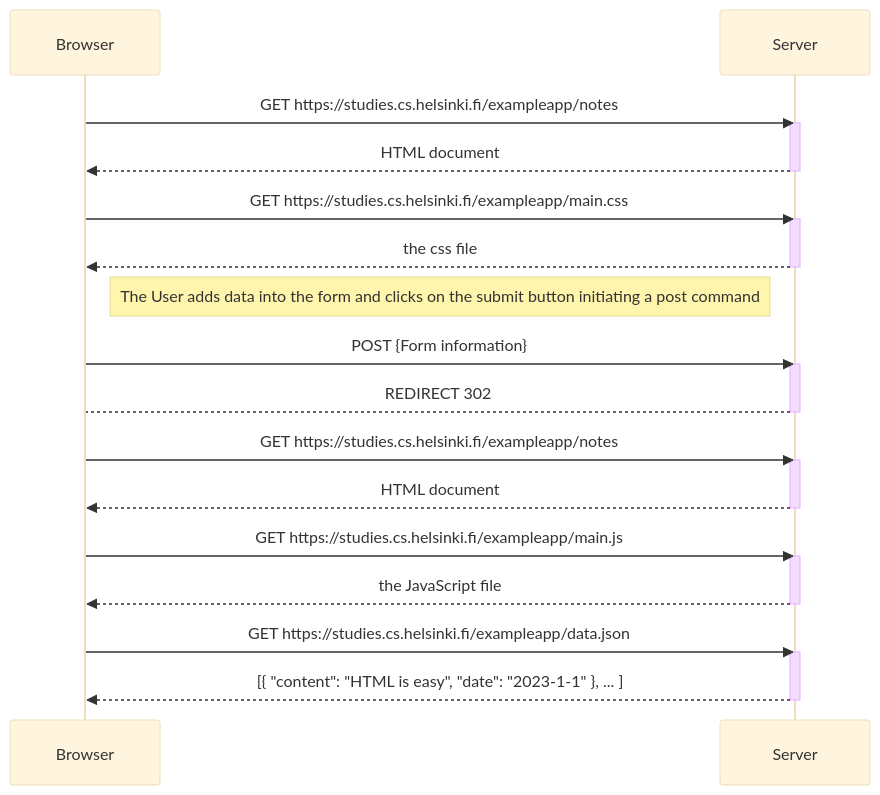
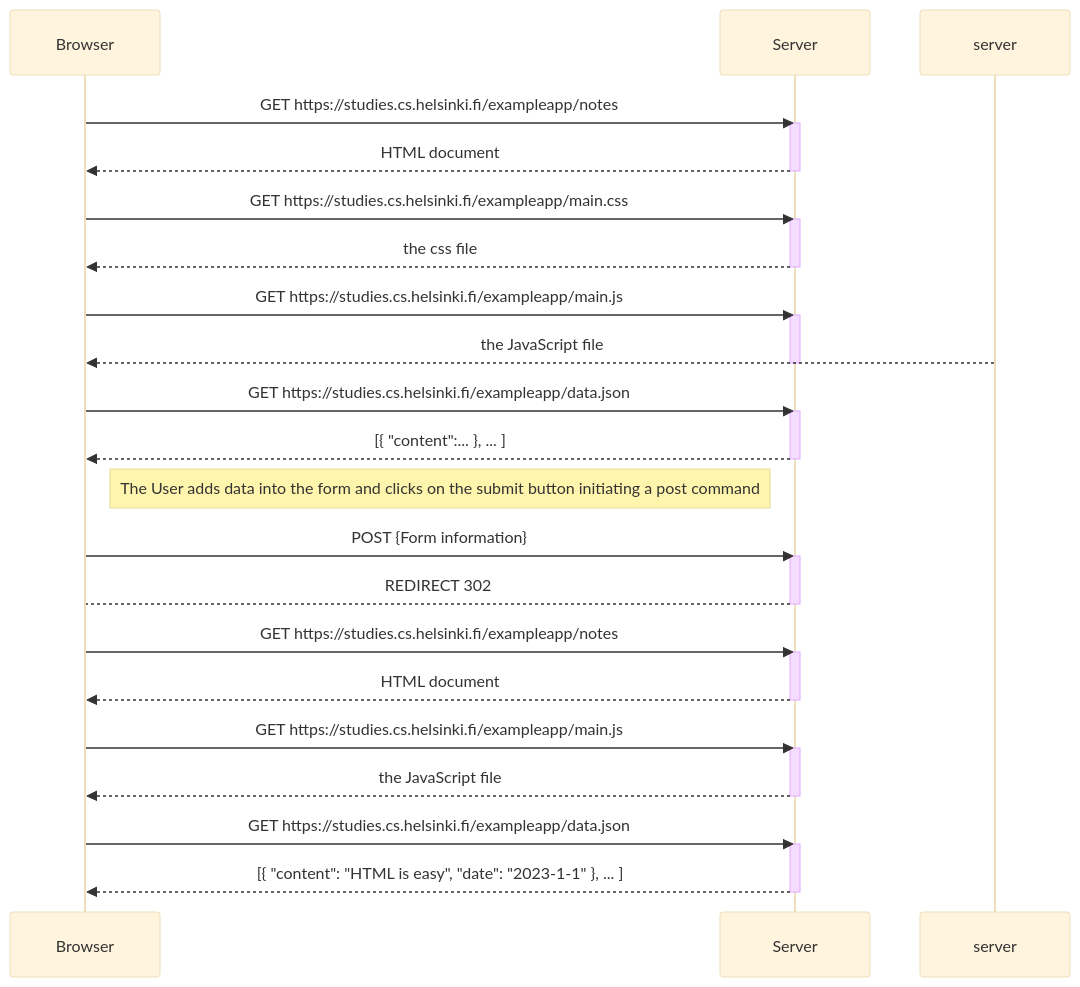
One commit to seculoseculorum/FullStack_Osa0 changed the diagram in 0.4 Kaavio.md. Above: the diagram before and after it, drawn with Mermaid (base theme).

Commit message:
Update 0.4 Kaavio.md

````diff
--- a/0.4 Kaavio.md
+++ b/0.4 Kaavio.md
@@ -1,37 +1,48 @@
 ```mermaid
 sequenceDiagram
     participant Browser
     participant Server
     
     Browser->>Server: GET https://studies.cs.helsinki.fi/exampleapp/notes
     activate Server
     Server-->>Browser: HTML document
     deactivate Server
     
     Browser->>Server: GET https://studies.cs.helsinki.fi/exampleapp/main.css
     activate Server
     Server-->>Browser: the css file
     deactivate Server
+
+    Browser->>Server: GET https://studies.cs.helsinki.fi/exampleapp/main.js
+    activate Server
+    server-->>Browser: the JavaScript file
+    deactivate Server
+      
+    
+    Browser->>Server: GET https://studies.cs.helsinki.fi/exampleapp/data.json
+    activate Server
+    Server-->>Browser: [{ "content":... }, ... ]
+    deactivate Server   
 
     Note right of Browser: The User adds data into the form and clicks on the submit button initiating a post command
 
     Browser->>Server: POST {Form information}
     activate Server
     Server-->Browser: REDIRECT 302
     deactivate Server 
     
     Browser->>Server: GET https://studies.cs.helsinki.fi/exampleapp/notes
     activate Server
     Server-->>Browser: HTML document
     deactivate Server
 
     Browser->>Server: GET https://studies.cs.helsinki.fi/exampleapp/main.js
     activate Server
     Server-->>Browser: the JavaScript file
     deactivate Server
     
     Browser->>Server: GET https://studies.cs.helsinki.fi/exampleapp/data.json
     activate Server
     Server-->>Browser: [{ "content": "HTML is easy", "date": "2023-1-1" }, ... ]
     deactivate Server
 ```
````
